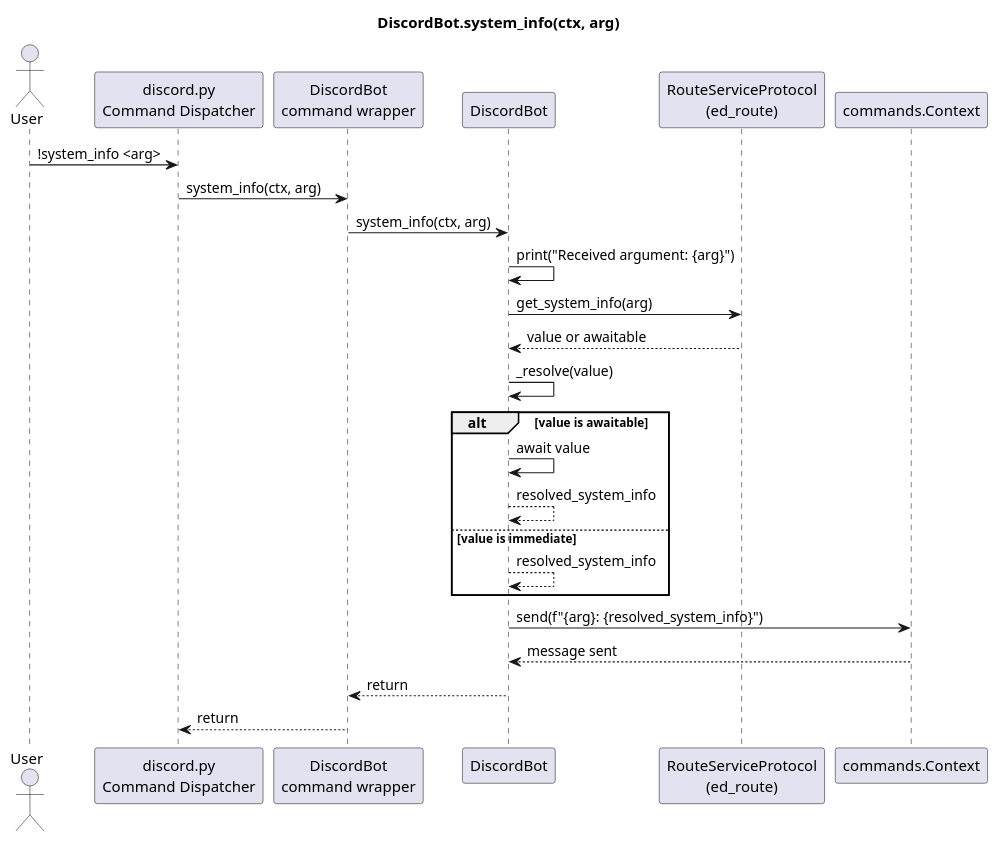
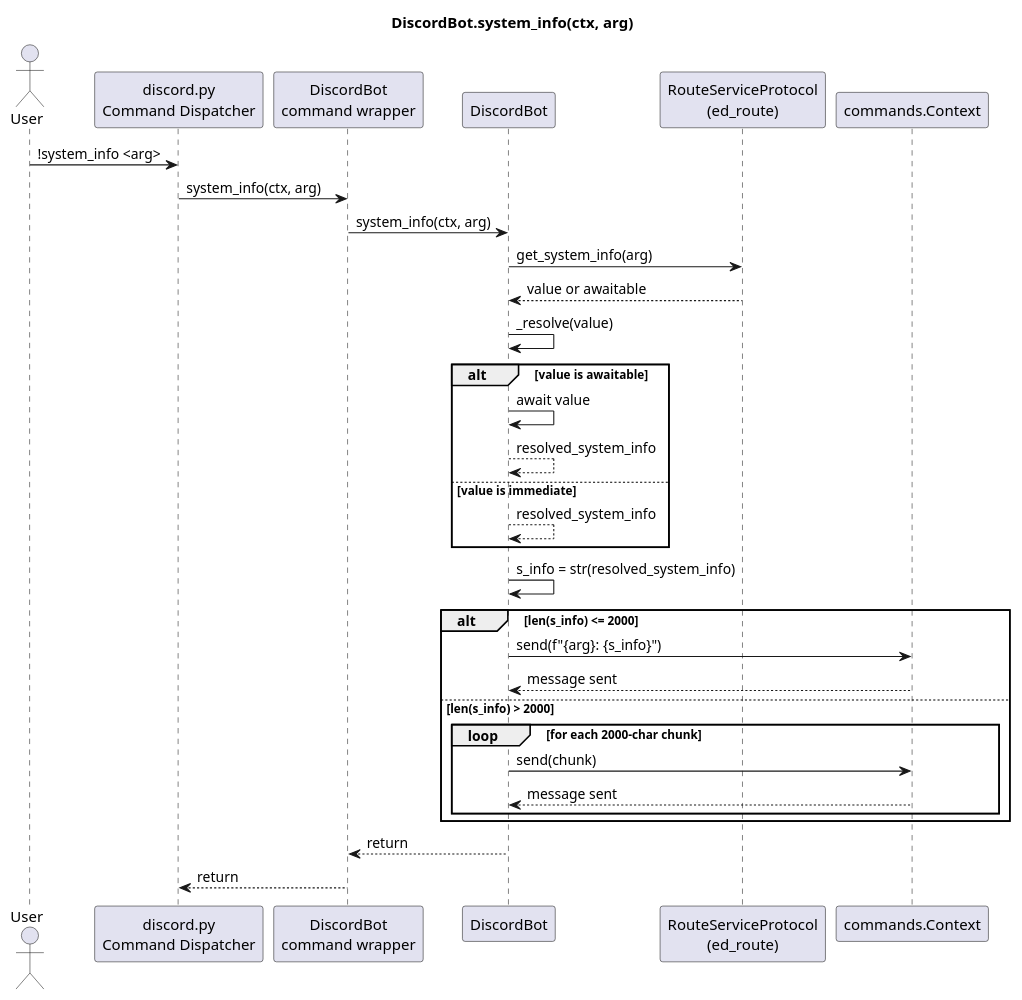
Before and after one commit to fazleskhan/elite_dangerous_discord_tools: the second of 5 diagrams in docs/discord_bot_sequences.puml, drawn with PlantUML. The commit also changed other lines of this file and 6 other files, not shown here.

Commit message:
updated sequence diagrams and readme

```diff
--- a/docs/discord_bot_sequences.puml
+++ b/docs/discord_bot_sequences.puml
@@ -19,28 +19,35 @@
 @startuml
 title DiscordBot.system_info(ctx, arg)
 
 actor User
 participant "discord.py\nCommand Dispatcher" as Dispatcher
 participant "DiscordBot\ncommand wrapper" as Wrapper
 participant "DiscordBot" as Bot
 participant "RouteServiceProtocol\n(ed_route)" as RouteService
 participant "commands.Context" as Ctx
 
 User -> Dispatcher: !system_info <arg>
 Dispatcher -> Wrapper: system_info(ctx, arg)
 Wrapper -> Bot: system_info(ctx, arg)
-Bot -> Bot: print("Received argument: {arg}")
 Bot -> RouteService: get_system_info(arg)
 RouteService --> Bot: value or awaitable
 Bot -> Bot: _resolve(value)
 alt value is awaitable
   Bot -> Bot: await value
   Bot --> Bot: resolved_system_info
 else value is immediate
   Bot --> Bot: resolved_system_info
 end
-Bot -> Ctx: send(f"{arg}: {resolved_system_info}")
-Ctx --> Bot: message sent
+Bot -> Bot: s_info = str(resolved_system_info)
+alt len(s_info) <= 2000
+  Bot -> Ctx: send(f"{arg}: {s_info}")
+  Ctx --> Bot: message sent
+else len(s_info) > 2000
+  loop for each 2000-char chunk
+    Bot -> Ctx: send(chunk)
+    Ctx --> Bot: message sent
+  end
+end
 Bot --> Wrapper: return
 Wrapper --> Dispatcher: return
 @enduml
```
